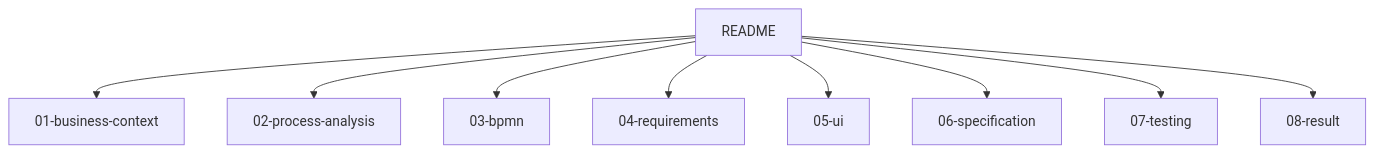
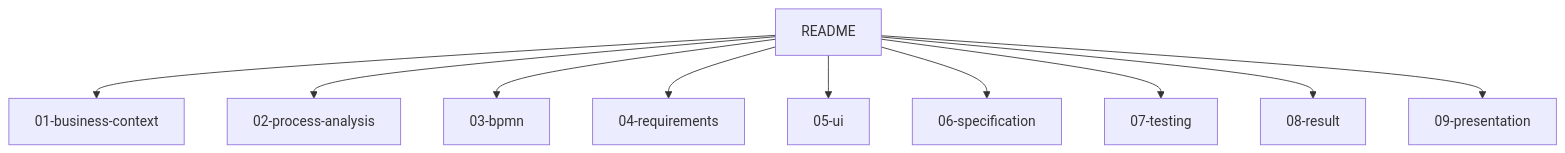
Before and after one commit to druzhinskaia/1c-order-processing-automation: the second of 2 diagrams in README.md, drawn with Mermaid. The commit also changed other lines of this file and 10 other files, not shown here.

````diff
--- a/README.md
+++ b/README.md
@@ -105,11 +154,12 @@
 ```mermaid
 flowchart TD
     R["README"] --> BC["01-business-context"]
     R --> PA["02-process-analysis"]
     R --> BPMN["03-bpmn"]
     R --> REQ["04-requirements"]
     R --> UI["05-ui"]
     R --> TS["06-specification"]
     R --> TEST["07-testing"]
     R --> RES["08-result"]
+    R --> PRES["09-presentation"]
 ```
````
